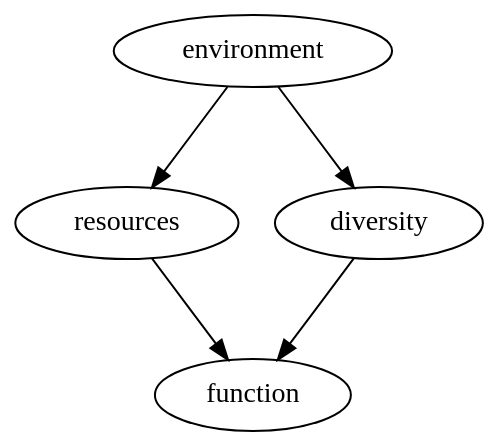
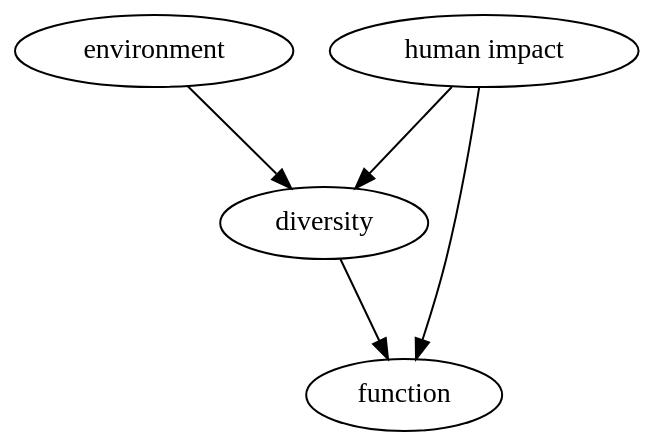
Before and after one commit to pennekampster/Swiss_SEM: the sixth of 30 diagrams in 5_Slides/Intro_to_SEM_part1.qmd, drawn with Graphviz. The commit also changed other lines of this file and 3 other files, not shown here.

````diff
--- a/5_Slides/Intro_to_SEM_part1.qmd
+++ b/5_Slides/Intro_to_SEM_part1.qmd
@@ -604,17 +513,18 @@
 ```{dot}
 //| fig-width: 10
 digraph G {
 
   graph [overlap = false, fontsize = 10, layout = dot, ranksep = .7,
        rankdir = TB]
-
+  impact [label="human impact"]
 
   bgcolor="transparent"
-  resources -> function;
+  environment -> diversity;
+  impact -> diversity;
   diversity -> function;
-  environment -> diversity;
-  environment -> resources;
+  impact -> function;
+  
   
   
 }
 ```
````
